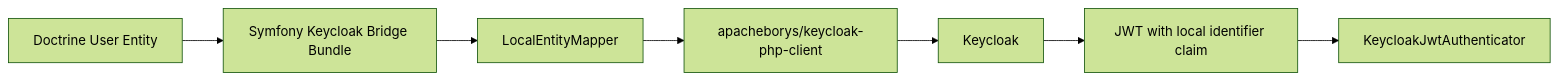
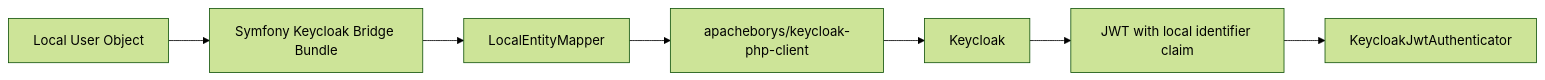
The diagram in README.md (apacheborys/symfony-keycloak-bundle), drawn with Mermaid (forest theme) before and after one commit. The commit also changed other lines of this file and 23 other files, not shown here.

````diff
--- a/README.md
+++ b/README.md
@@ -25,9 +25,9 @@
 ```mermaid
 flowchart LR
-    A[Doctrine User Entity] --> B[Symfony Keycloak Bridge Bundle]
+    A[Local User Object] --> B[Symfony Keycloak Bridge Bundle]
     B --> C[LocalEntityMapper]
     C --> D[apacheborys/keycloak-php-client]
     D --> E[Keycloak]
     E --> F[JWT with local identifier claim]
     F --> G[KeycloakJwtAuthenticator]
 ```
````
